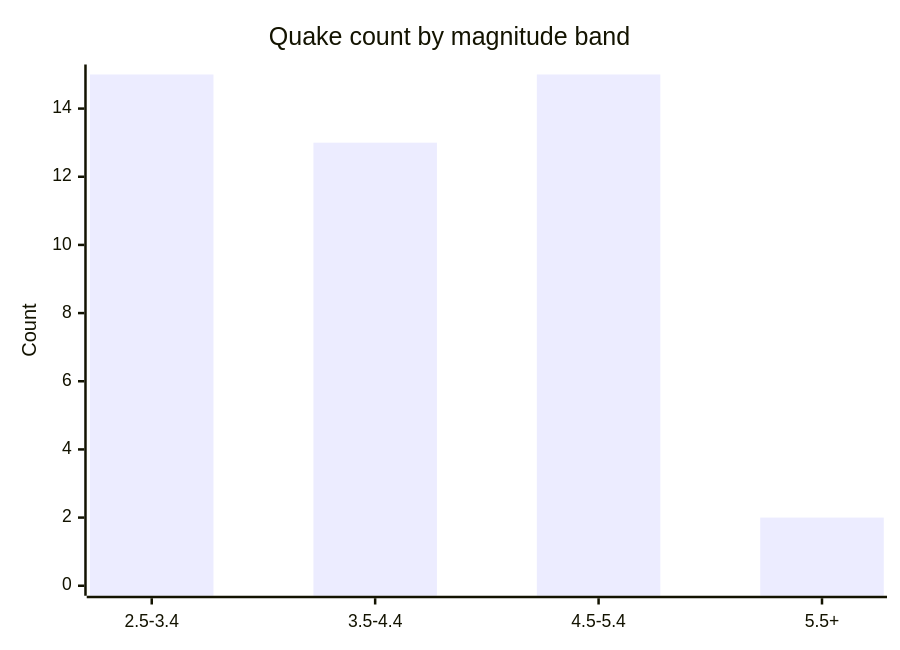
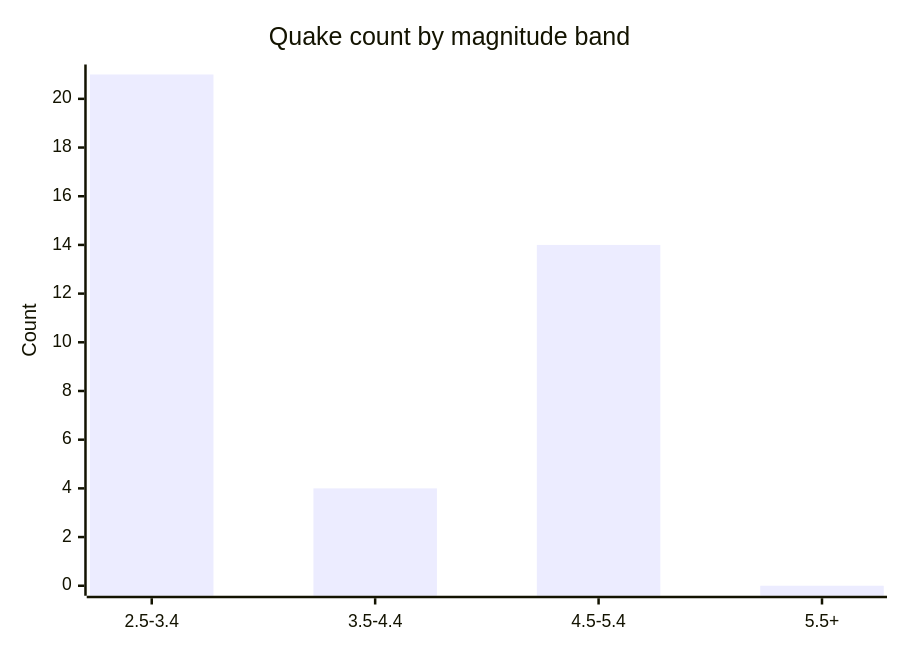
The fifth of 6 diagrams in docs/GRAPHS.md (Midwest-Stratospheric/aerostratospheric-defense-gir), drawn with Mermaid before and after one commit. The commit also changed other lines of this file and 24 other files, not shown here.

````diff
--- a/docs/GRAPHS.md
+++ b/docs/GRAPHS.md
@@ -82,7 +82,7 @@
 ```mermaid
 xychart-beta
   title "Quake count by magnitude band"
   x-axis ["2.5-3.4", "3.5-4.4", "4.5-5.4", "5.5+"]
-  y-axis "Count" 0 --> 15
-  bar [15, 13, 15, 2]
+  y-axis "Count" 0 --> 21
+  bar [21, 4, 14, 0]
 ```
````
